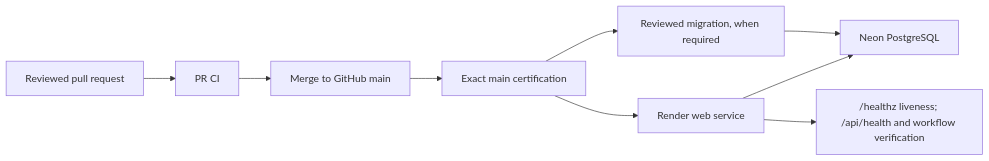
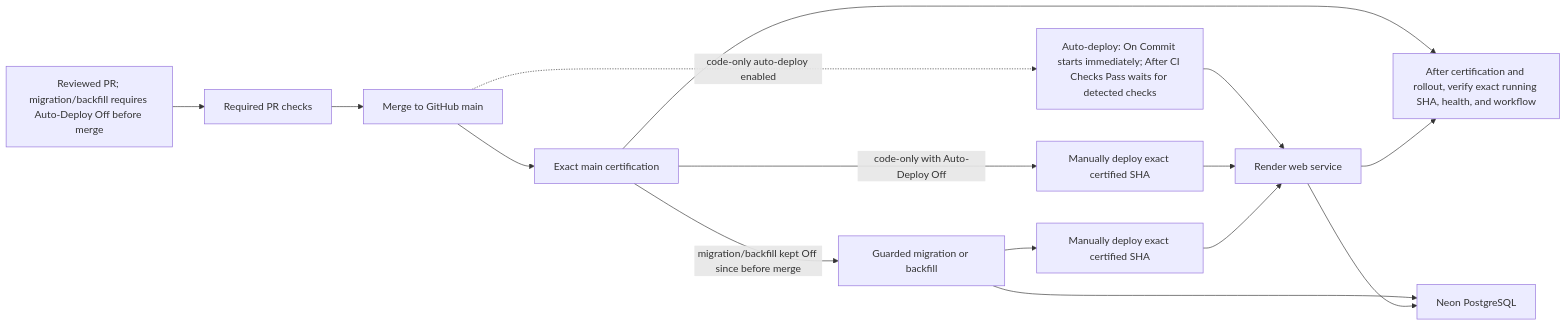
One commit to Tribowl-LLC/PGLeagueManagerApp changed the diagram in docs/DEPLOYMENT.md. Above: the diagram before and after it, drawn with Mermaid. The commit also changed other lines of this file and 9 other files, not shown here.

````diff
--- a/docs/DEPLOYMENT.md
+++ b/docs/DEPLOYMENT.md
@@ -33,11 +33,17 @@
 ```mermaid
 flowchart LR
-    PR["Reviewed pull request"] --> CI["PR CI"]
+    PR["Reviewed PR; migration/backfill requires Auto-Deploy Off before merge"] --> CI["Required PR checks"]
     CI --> MAIN["Merge to GitHub main"]
     MAIN --> CERT["Exact main certification"]
-    CERT --> MIGRATE["Reviewed migration, when required"]
+    MAIN -. code-only auto-deploy enabled .-> AUTO["Auto-deploy: On Commit starts immediately; After CI Checks Pass waits for detected checks"]
+    CERT -->|code-only with Auto-Deploy Off| MANUAL_CODE["Manually deploy exact certified SHA"]
+    CERT -->|migration/backfill kept Off since before merge| MIGRATE["Guarded migration or backfill"]
+    MIGRATE --> MANUAL_SCHEMA["Manually deploy exact certified SHA"]
     MIGRATE --> NEON["Neon PostgreSQL"]
-    CERT --> RENDER["Render web service"]
+    AUTO --> RENDER["Render web service"]
+    MANUAL_CODE --> RENDER
+    MANUAL_SCHEMA --> RENDER
+    CERT --> VERIFY
+    RENDER --> VERIFY["After certification and rollout, verify exact running SHA, health, and workflow"]
     RENDER --> NEON
-    RENDER --> HEALTH["/healthz liveness; /api/health and workflow verification"]
 ```
````
